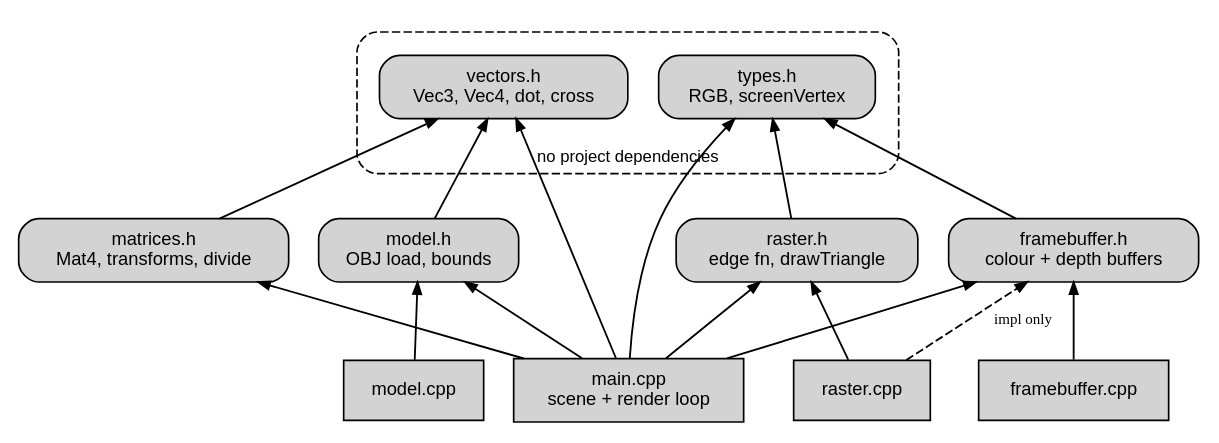
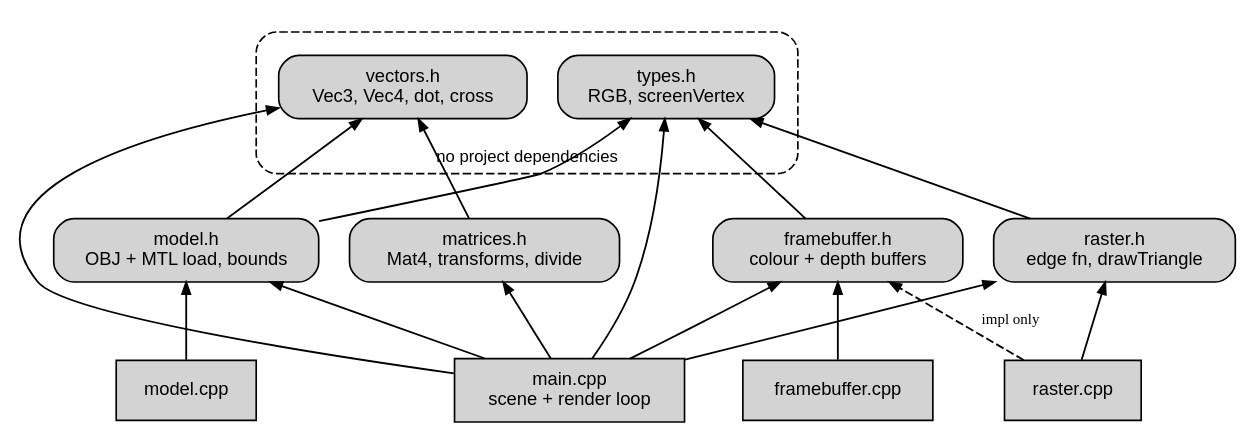
One commit to Hrishikesh-Acharyya/Rasterizer_Simulator changed the diagram in Media/Graphs/include_graph.dot. Above: the diagram before and after it, drawn with Graphviz. The commit also changed 10 other files, not shown here.

```diff
--- a/Media/Graphs/include_graph.dot
+++ b/Media/Graphs/include_graph.dot
@@ -1,56 +1,57 @@
 /*
  * Module include graph. An arrow from A to B reads "A includes B".
  *
  * Rendered to PNG by `make graphs`; the theme colours are supplied on the dot
  * command line rather than set here, so one source produces both the light and
  * the dark variant the README switches between.
  */
 digraph include_graph {
     rankdir = BT;
     fontname = "Helvetica";
     node [shape=box, style="filled,rounded", fontname="Helvetica", fontsize=11,
           margin="0.18,0.10"];
     edge [arrowsize=0.7, penwidth=1.1];
 
     /* Bottom of the graph: these include nothing from the project. */
     subgraph cluster_base {
         label = "no project dependencies";
         labelloc = "t";
         margin = 14;
         fontsize = 10;
         style = "rounded,dashed";
         vectors [label="vectors.h\nVec3, Vec4, dot, cross"];
         types   [label="types.h\nRGB, screenVertex"];
     }
 
     matrices    [label="matrices.h\nMat4, transforms, divide"];
-    model_h     [label="model.h\nOBJ load, bounds"];
+    model_h     [label="model.h\nOBJ + MTL load, bounds"];
     framebuf_h  [label="framebuffer.h\ncolour + depth buffers"];
     raster_h    [label="raster.h\nedge fn, drawTriangle"];
 
     main        [label="main.cpp\nscene + render loop", shape=box, style="filled"];
     raster_c    [label="raster.cpp", shape=box, style="filled"];
     model_c     [label="model.cpp", shape=box, style="filled"];
     framebuf_c  [label="framebuffer.cpp", shape=box, style="filled"];
 
     matrices   -> vectors;
     model_h    -> vectors;
+    model_h    -> types;      /* RGB, for the material palette */
     framebuf_h -> types;
     raster_h   -> types;
 
     main -> vectors;
     main -> matrices;
     main -> types;
     main -> framebuf_h;
     main -> raster_h;
     main -> model_h;
 
     raster_c   -> raster_h;
     model_c    -> model_h;
     framebuf_c -> framebuf_h;
 
     /* The one edge that exists only in the implementation: raster.h does not
        include framebuffer.h, so a caller of drawTriangle does not inherit the
        global buffers. raster.cpp does, because it writes to them. */
     raster_c -> framebuf_h [style=dashed, label="  impl only", fontsize=9];
 }
```
